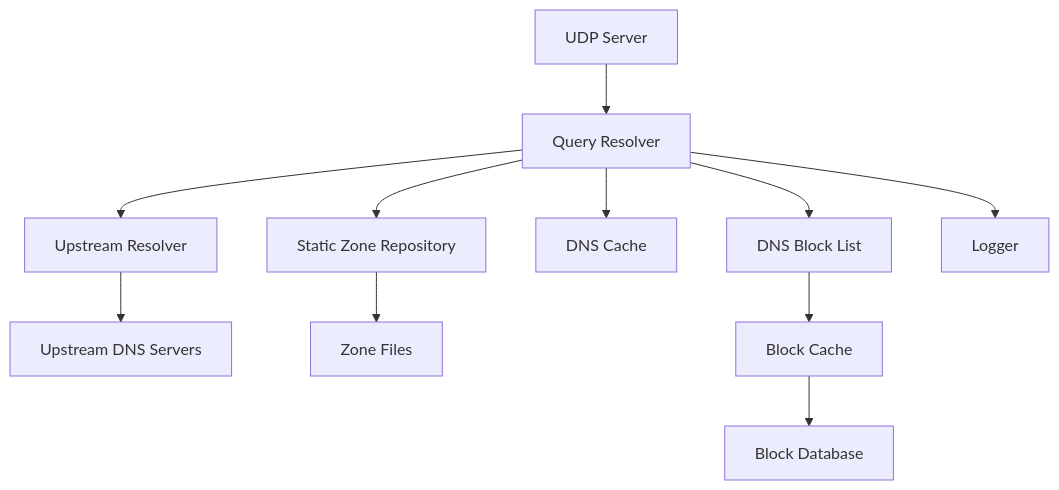
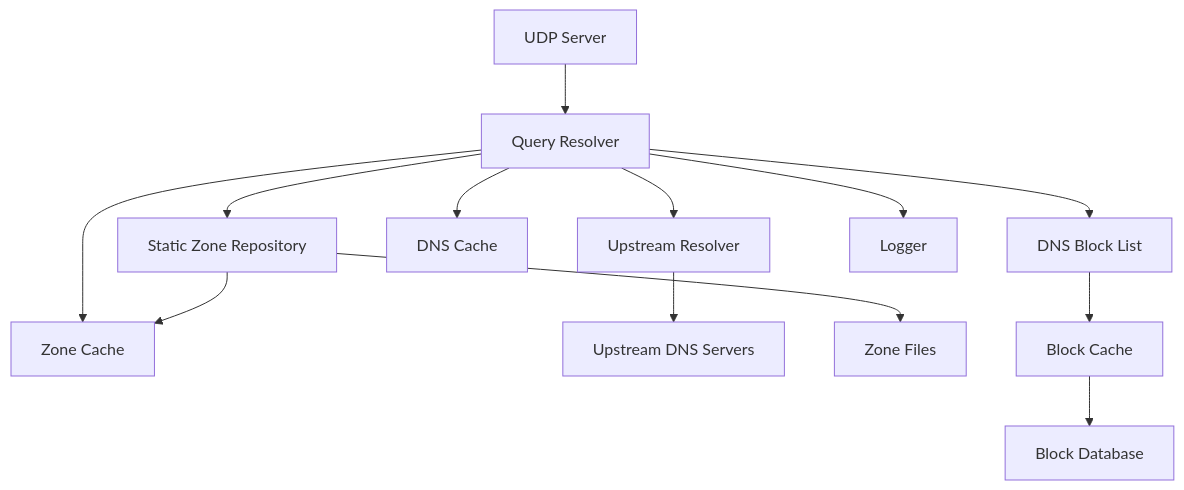
Before and after one commit to haukened/rr-dns: the second of 9 diagrams in docs/arc42.md, drawn with Mermaid. The commit also changed other lines of this file and 1 other file, not shown here.

Commit message:
feat: add ZoneCache documentation and integration details in arc42 and README

````diff
--- a/docs/arc42.md
+++ b/docs/arc42.md
@@ -58,13 +58,15 @@
 ```mermaid
 graph TD
   Subsystem1[UDP Server] --> Resolver[Query Resolver]
+  Resolver --> ZoneCache[Zone Cache]
   Resolver --> ZoneRepo[Static Zone Repository]
   Resolver --> BlockList[DNS Block List]
   Resolver --> dnscache[DNS Cache]
   Resolver --> UpstreamResolver[Upstream Resolver]
   Resolver --> Logger
   UpstreamResolver --> Internet[Upstream DNS Servers]
   ZoneRepo --> ZoneFile[Zone Files]
+  ZoneRepo --> ZoneCache
   BlockList --> BlockCache[Block Cache]
   BlockCache --> BlockDB[Block Database]
 ```
````
